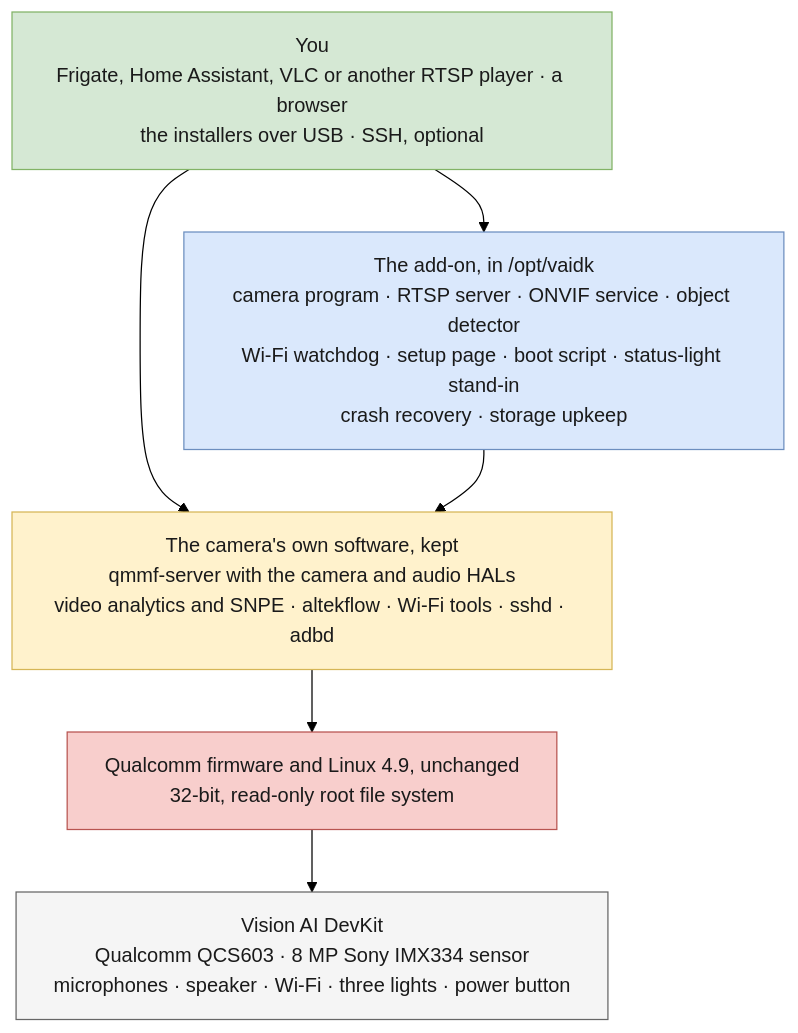
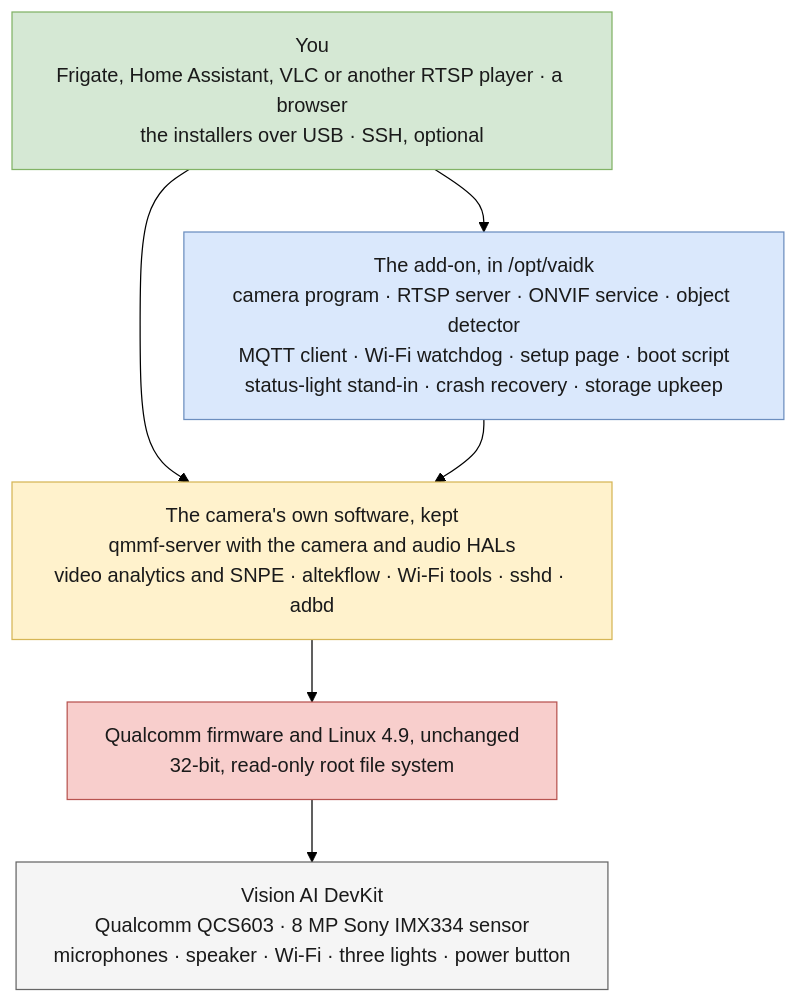
Before and after one commit to howardginsburg/VisionAIDevKitRTSP: the first of 10 diagrams in ARCHITECTURE.md, drawn with Mermaid (forest theme). The commit also changed other lines of this file and 16 other files, not shown here.

````diff
--- a/ARCHITECTURE.md
+++ b/ARCHITECTURE.md
@@ -25,24 +25,24 @@
 ```mermaid
 %%{init: {"flowchart": {"wrappingWidth": 420}}}%%
 flowchart TB
     you["You<br/>Frigate, Home Assistant, VLC or another RTSP player · a browser<br/>the installers over USB · SSH, optional"]
-    addon["The add-on, in /opt/vaidk<br/>camera program · RTSP server · ONVIF service · object detector<br/>Wi-Fi watchdog · setup page · boot script · status-light stand-in<br/>crash recovery · storage upkeep"]
+    addon["The add-on, in /opt/vaidk<br/>camera program · RTSP server · ONVIF service · object detector<br/>MQTT client · Wi-Fi watchdog · setup page · boot script<br/>status-light stand-in · crash recovery · storage upkeep"]
     vendor["The camera's own software, kept<br/>qmmf-server with the camera and audio HALs<br/>video analytics and SNPE · altekflow · Wi-Fi tools · sshd · adbd"]
     fw["Qualcomm firmware and Linux 4.9, unchanged<br/>32-bit, read-only root file system"]
     hw["Vision AI DevKit<br/>Qualcomm QCS603 · 8 MP Sony IMX334 sensor<br/>microphones · speaker · Wi-Fi · three lights · power button"]
     you --> addon
     you --> vendor
     addon --> vendor
     vendor --> fw
     fw --> hw
     classDef use fill:#d5e8d4,stroke:#82b366,color:#1a1a1a
     classDef mod fill:#dae8fc,stroke:#6c8ebf,color:#1a1a1a
     classDef os fill:#fff2cc,stroke:#d6b656,color:#1a1a1a
     classDef locked fill:#f8cecc,stroke:#b85450,color:#1a1a1a
     classDef hard fill:#f5f5f5,stroke:#666666,color:#1a1a1a
     class you use
     class addon mod
     class vendor os
     class fw locked
     class hw hard
 ```
````
